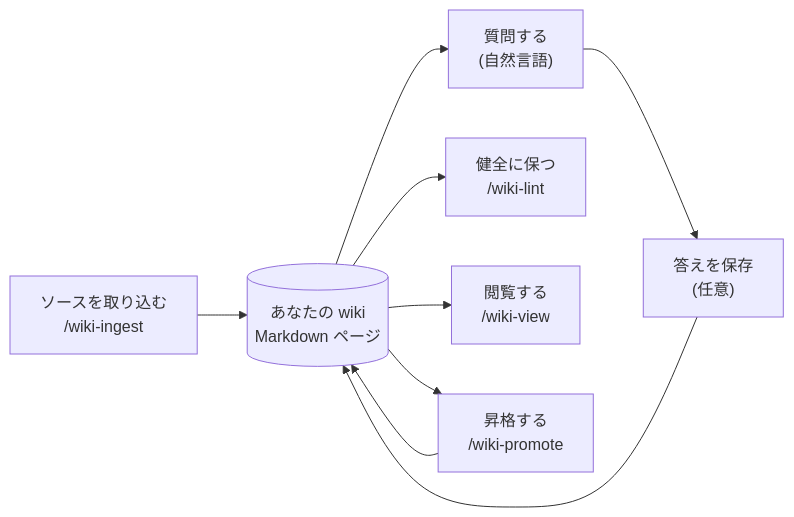
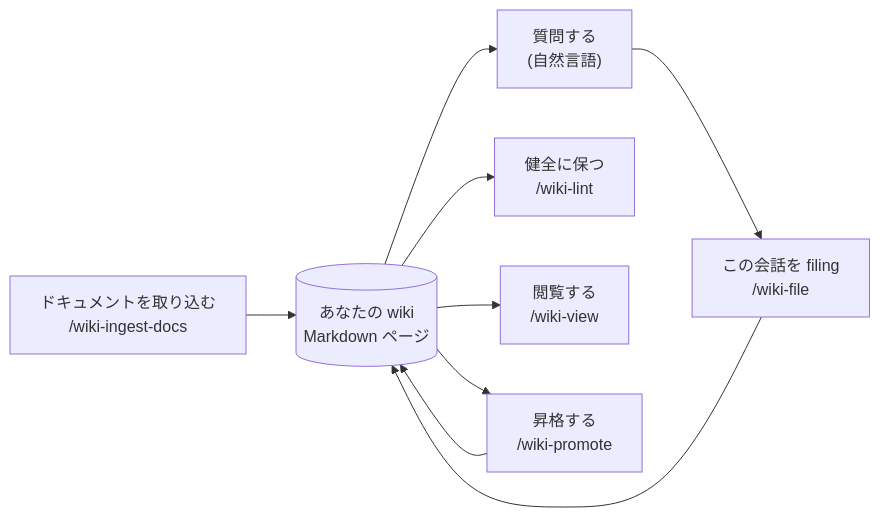
The second of 3 diagrams in plugins/llm-wiki/USER_GUIDE_ja.md (gigamori/ai-agent-toolkit), drawn with Mermaid before and after one commit. The commit also changed other lines of this file and 22 other files, not shown here.

First line of the commit message:
feat(llm-wiki): add /wiki-file, rename /wiki-ingest to /wiki-ingest-docs

````diff
--- a/plugins/llm-wiki/USER_GUIDE_ja.md
+++ b/plugins/llm-wiki/USER_GUIDE_ja.md
@@ -80,11 +80,11 @@
 ```mermaid
 flowchart LR
-    ING["ソースを取り込む<br/>/wiki-ingest"] --> WIKI[("あなたの wiki<br/>Markdown ページ")]
+    ING["ドキュメントを取り込む<br/>/wiki-ingest-docs"] --> WIKI[("あなたの wiki<br/>Markdown ページ")]
+    FILE["この会話を filing<br/>/wiki-file"] --> WIKI
     WIKI --> ASK["質問する<br/>(自然言語)"]
-    ASK --> SAVE["答えを保存<br/>(任意)"]
-    SAVE --> WIKI
+    ASK --> FILE
     WIKI --> LINT["健全に保つ<br/>/wiki-lint"]
     WIKI --> VIEW["閲覧する<br/>/wiki-view"]
     WIKI --> PROM["昇格する<br/>/wiki-promote"]
     PROM --> WIKI
 ```
````
